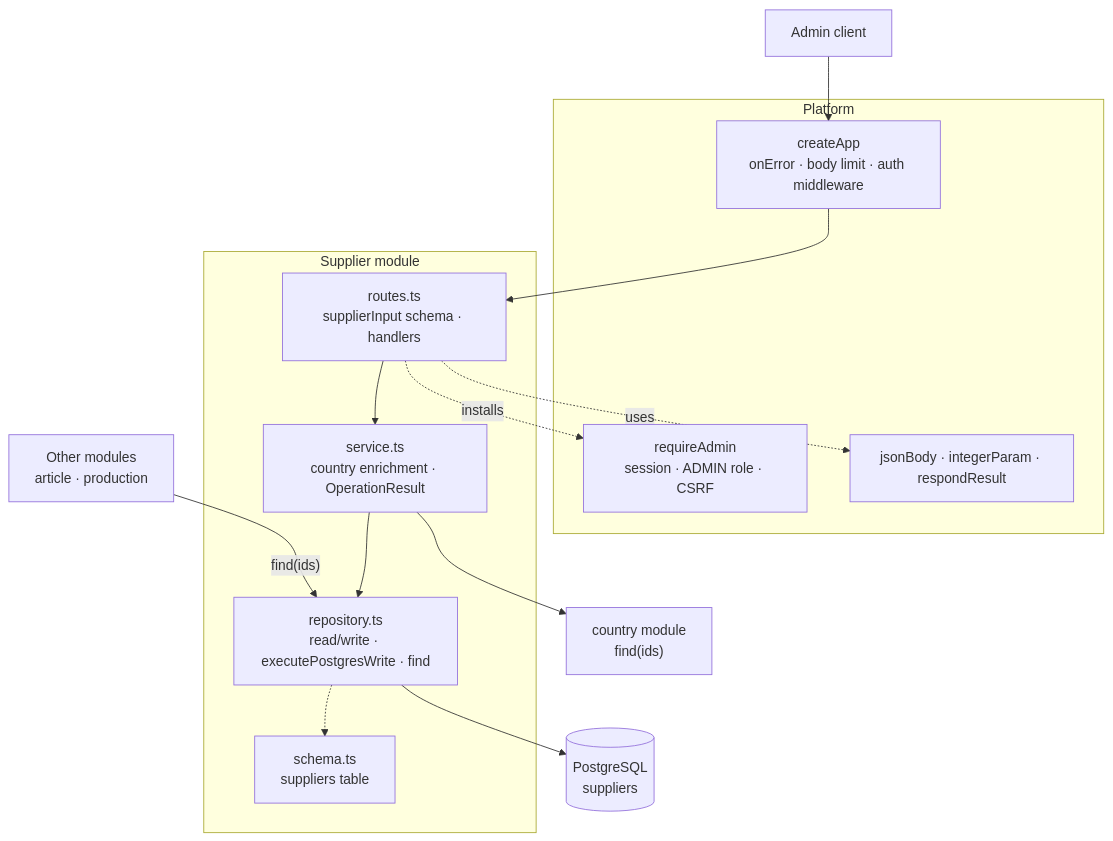
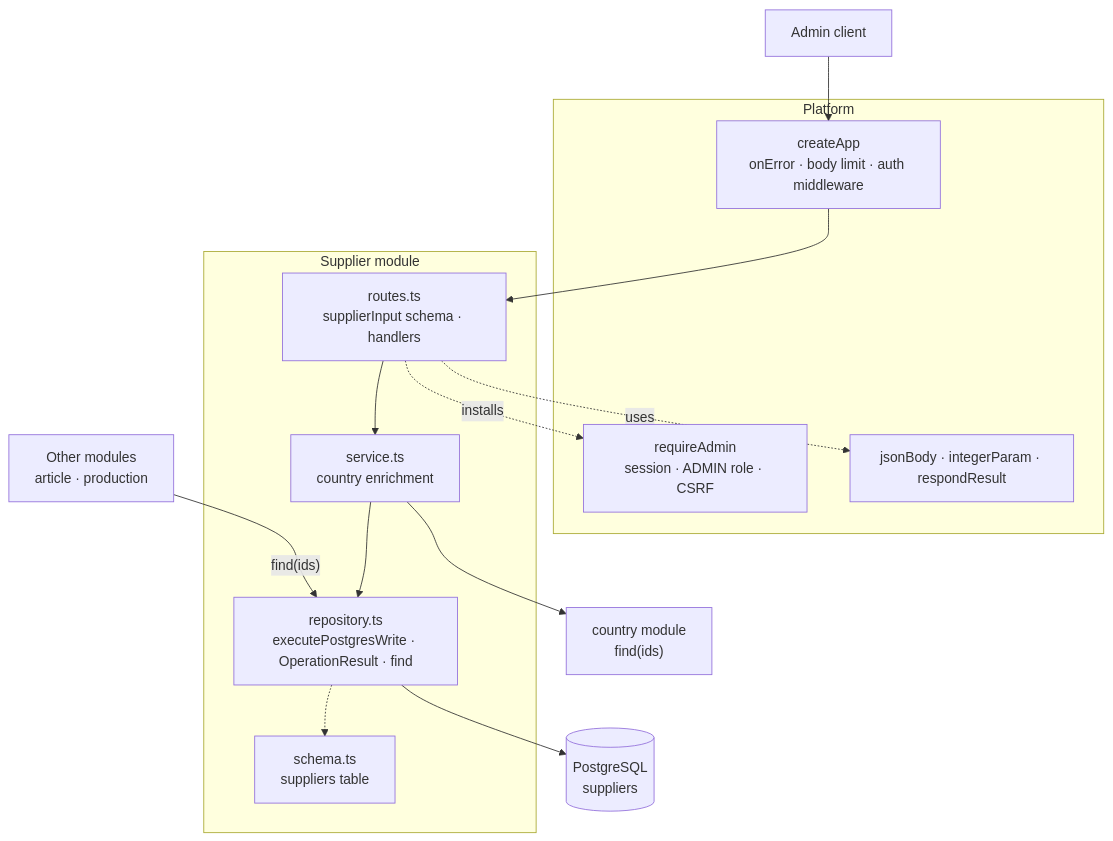
One commit to bitstorm-tech/voenix-shop-kotlin changed the diagram in docs/dev/backend-ts/packages/supplier-package.md. Above: the diagram before and after it, drawn with Mermaid. The commit also changed other lines of this file and 19 other files, not shown here.

````diff
--- a/docs/dev/backend-ts/packages/supplier-package.md
+++ b/docs/dev/backend-ts/packages/supplier-package.md
@@ -26,31 +26,31 @@
 ```mermaid
 flowchart TB
     Client["Admin client"]
 
     subgraph Platform["Platform"]
         App["createApp<br/>onError · body limit · auth middleware"]
         Auth["requireAdmin<br/>session · ADMIN role · CSRF"]
         Respond["jsonBody · integerParam · respondResult"]
     end
 
     subgraph Supplier["Supplier module"]
         Routes["routes.ts<br/>supplierInput schema · handlers"]
-        Service["service.ts<br/>country enrichment · OperationResult"]
-        Repository["repository.ts<br/>read/write · executePostgresWrite · find"]
+        Service["service.ts<br/>country enrichment"]
+        Repository["repository.ts<br/>executePostgresWrite · OperationResult · find"]
         Schema["schema.ts<br/>suppliers table"]
     end
 
     CountryFind["country module<br/>find(ids)"]
     Consumer["Other modules<br/>article · production"]
     Database[("PostgreSQL<br/>suppliers")]
 
     Client --> App --> Routes
     Routes -.->|"installs"| Auth
     Routes -.->|"uses"| Respond
     Routes --> Service
     Service --> Repository
     Service --> CountryFind
     Repository --> Database
     Repository -.-> Schema
     Consumer -->|"find(ids)"| Repository
 ```
````
